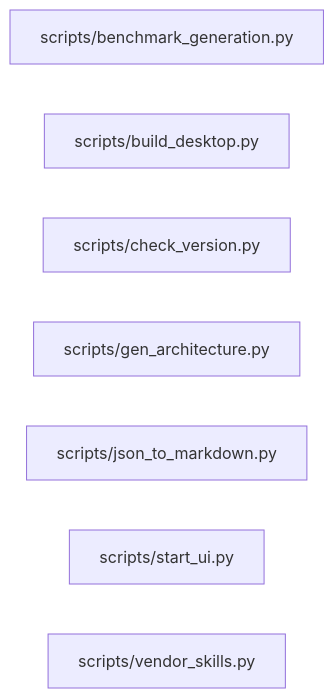
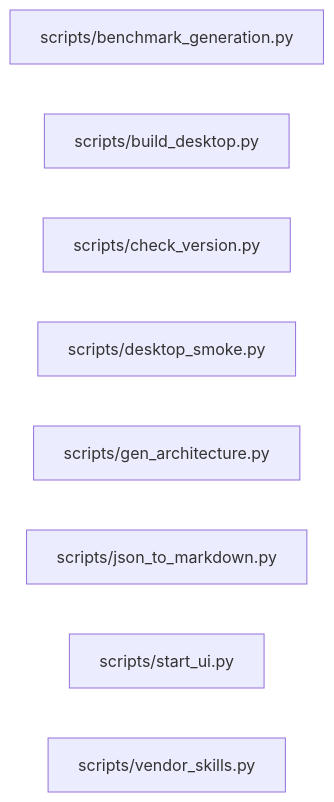
One commit to sarveshtalele/maf-harness-testing changed diagram 16 of 21 in docs/ARCHITECTURE_MAP.md. Above: the diagram before and after it, drawn with Mermaid. The commit also changed other lines of this file and 9 other files, not shown here.

First line of the commit message:
ci(desktop): launch the packaged app in a smoke test

````diff
--- a/docs/ARCHITECTURE_MAP.md
+++ b/docs/ARCHITECTURE_MAP.md
@@ -430,10 +430,11 @@
 ```mermaid
 flowchart LR
   f0["scripts/benchmark_generation.py"]
   f1["scripts/build_desktop.py"]
   f2["scripts/check_version.py"]
-  f3["scripts/gen_architecture.py"]
-  f4["scripts/json_to_markdown.py"]
-  f5["scripts/start_ui.py"]
-  f6["scripts/vendor_skills.py"]
+  f3["scripts/desktop_smoke.py"]
+  f4["scripts/gen_architecture.py"]
+  f5["scripts/json_to_markdown.py"]
+  f6["scripts/start_ui.py"]
+  f7["scripts/vendor_skills.py"]
 ```
````
